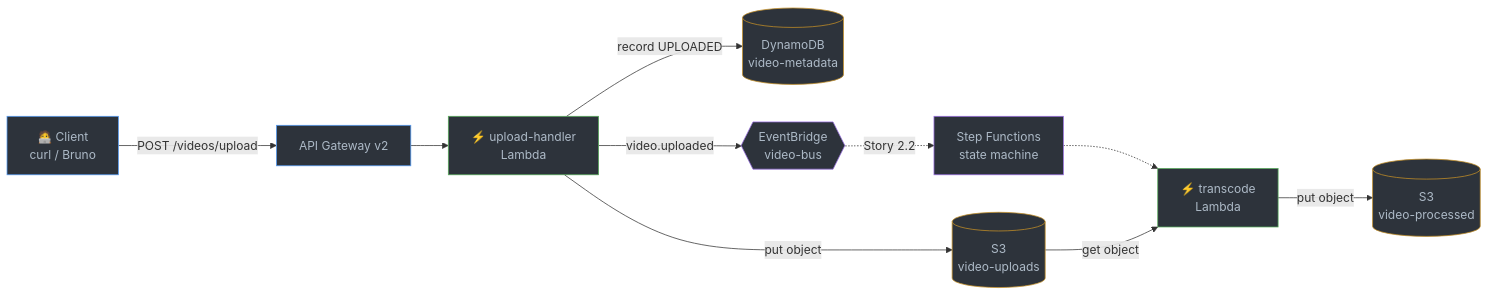
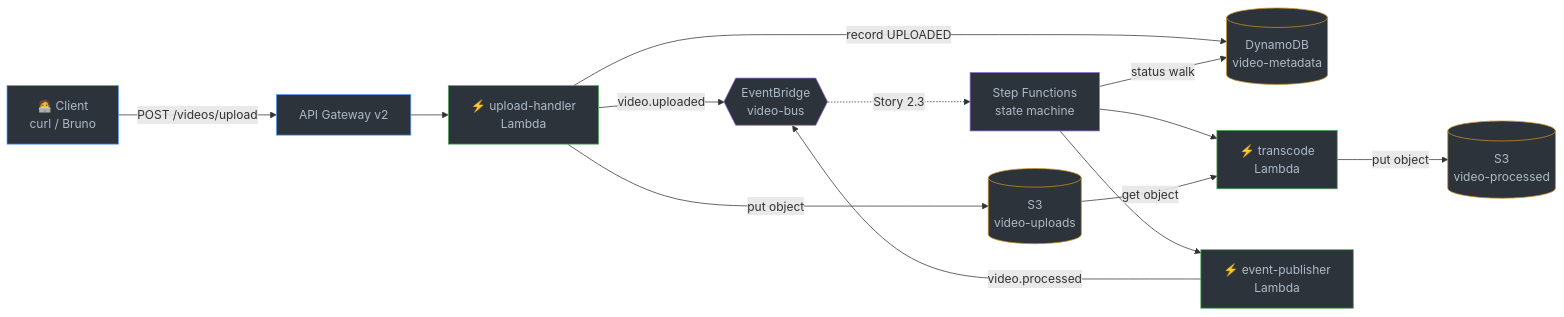
One commit to namworkmc/serverless-video-processing changed the diagram in README.md. Above: the diagram before and after it, drawn with Mermaid. The commit also changed other lines of this file and 11 other files, not shown here.

Commit message:
feat: story 2.2 processing state machine + event publisher (#8)

````diff
--- a/README.md
+++ b/README.md
@@ -28,22 +28,26 @@
 ```mermaid
 flowchart LR
     C[🧑‍💻 Client<br/>curl / Bruno] -->|POST /videos/upload| GW[API Gateway v2]
     GW --> UH[⚡ upload-handler<br/>Lambda]
     UH -->|put object| S3U[(S3<br/>video-uploads)]
     UH -->|record UPLOADED| DDB[(DynamoDB<br/>video-metadata)]
     UH -->|video.uploaded| EB{{EventBridge<br/>video-bus}}
-    EB -.->|Story 2.2| SFN[Step Functions<br/>state machine]
-    SFN -.-> TC[⚡ transcode<br/>Lambda]
+    EB -.->|Story 2.3| SFN[Step Functions<br/>state machine]
+    SFN -->|status walk| DDB
+    SFN --> TC[⚡ transcode<br/>Lambda]
     S3U -->|get object| TC
     TC -->|put object| S3P[(S3<br/>video-processed)]
+    SFN --> EP[⚡ event-publisher<br/>Lambda]
+    EP -->|video.processed| EB
 
     style C fill:#2d333b,stroke:#539bf5,color:#adbac7
     style GW fill:#2d333b,stroke:#539bf5,color:#adbac7
     style UH fill:#2d333b,stroke:#57ab5a,color:#adbac7
     style TC fill:#2d333b,stroke:#57ab5a,color:#adbac7
+    style EP fill:#2d333b,stroke:#57ab5a,color:#adbac7
     style S3U fill:#2d333b,stroke:#c69026,color:#adbac7
     style S3P fill:#2d333b,stroke:#c69026,color:#adbac7
     style DDB fill:#2d333b,stroke:#c69026,color:#adbac7
     style EB fill:#2d333b,stroke:#986ee2,color:#adbac7
     style SFN fill:#2d333b,stroke:#986ee2,color:#adbac7
 ```
````
